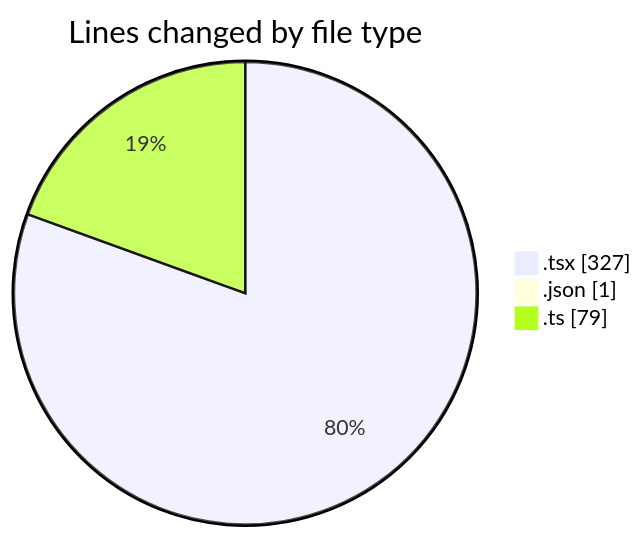
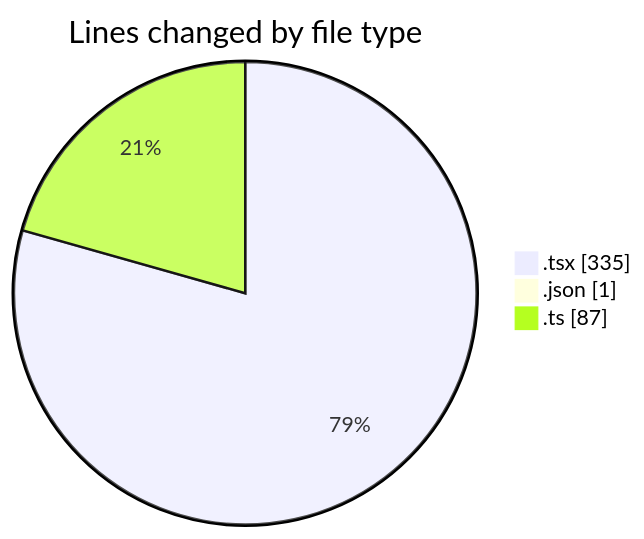
One commit to robertbonfada/code-tracking changed the first of 2 diagrams in 2025-01-21/mbc-web/README.md. Above: the diagram before and after it, drawn with Mermaid. The commit also changed other lines of this file and 1 other file, not shown here.

````diff
--- a/2025-01-21/mbc-web/README.md
+++ b/2025-01-21/mbc-web/README.md
@@ -31,7 +32,7 @@
 ```mermaid
 pie showData
 title Lines changed by file type
-".tsx" : 327
+".tsx" : 335
 ".json" : 1
-".ts" : 79
+".ts" : 87
 ```
````
